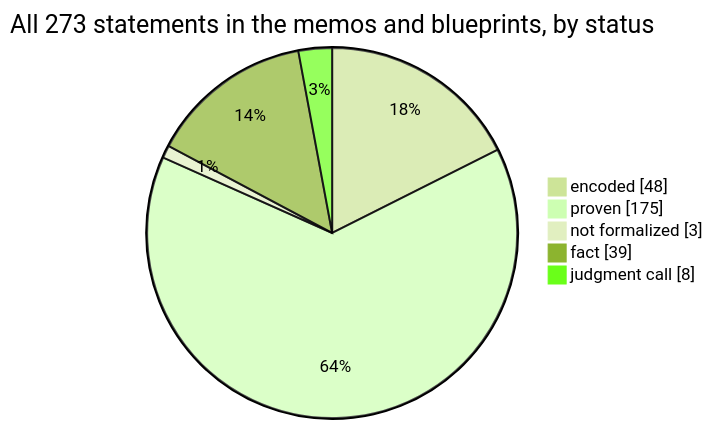
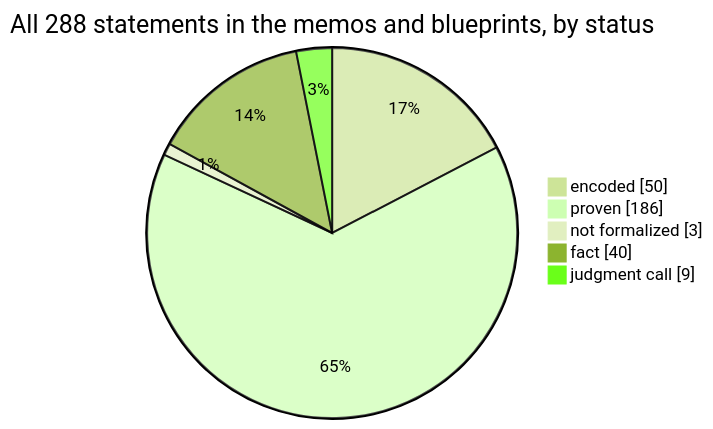
Before and after one commit to SeanWMurray/Canteen: the first of 4 diagrams in docs/graphs/dashboard.md, drawn with Mermaid (forest theme). The commit also changed other lines of this file and 29 other files, not shown here.

````diff
--- a/docs/graphs/dashboard.md
+++ b/docs/graphs/dashboard.md
@@ -11,8 +11,8 @@
 ```mermaid
-pie showData title All 273 statements in the memos and blueprints, by status
-    "encoded" : 48
-    "proven" : 175
+pie showData title All 288 statements in the memos and blueprints, by status
+    "encoded" : 50
+    "proven" : 186
     "not formalized" : 3
-    "fact" : 39
-    "judgment call" : 8
+    "fact" : 40
+    "judgment call" : 9
 ```
````
